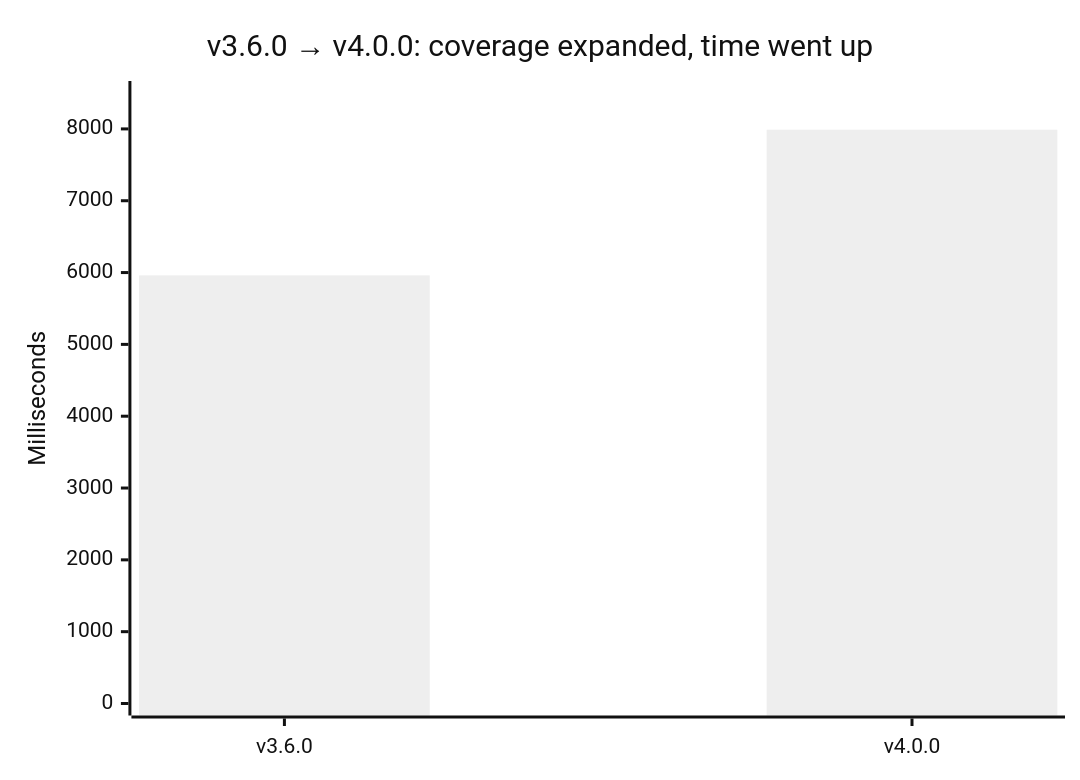
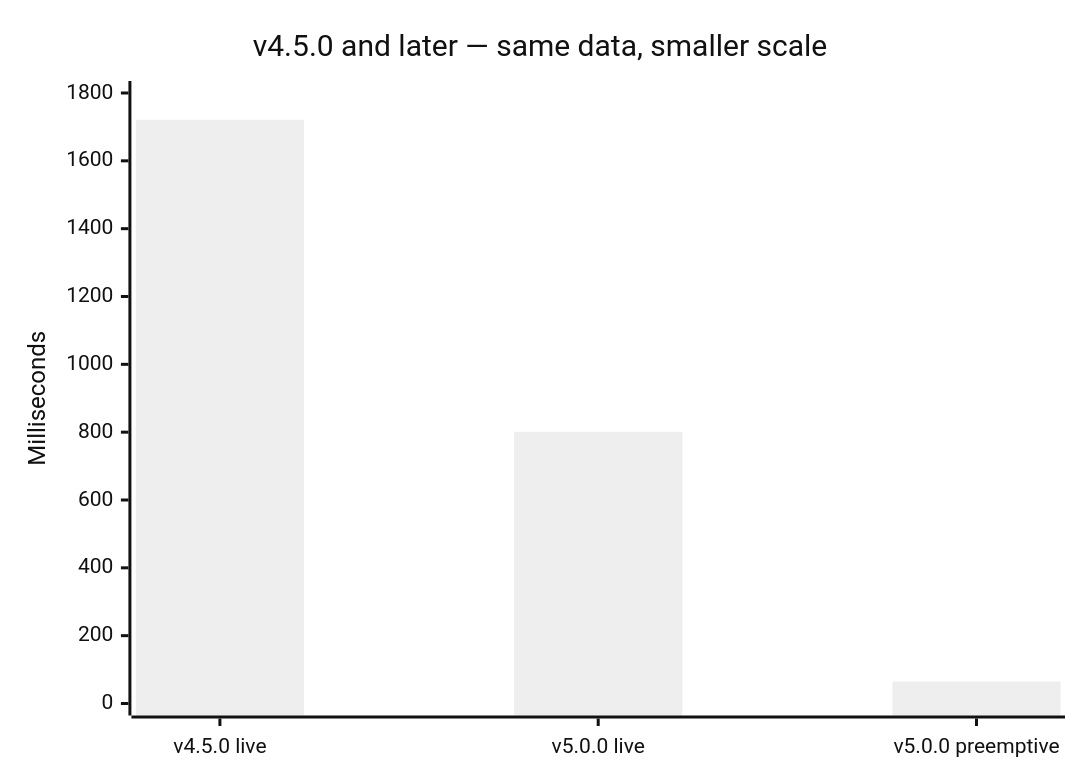
Before and after one commit to pizzarobloxh/bgc-bot: the second of 11 diagrams in operating_documents.md, drawn with Mermaid (neutral theme). The commit also changed other lines of this file, not shown here.

````diff
--- a/operating_documents.md
+++ b/operating_documents.md
@@ -149,7 +49,7 @@
 ```mermaid
 xychart-beta
-    title "v3.6.0 → v4.0.0: coverage expanded, time went up"
-    x-axis ["v3.6.0", "v4.0.0"]
-    y-axis "Milliseconds" 0 --> 8500
-    bar [5961, 7989]
+    title "v4.5.0 and later — same data, smaller scale"
+    x-axis ["v4.5.0 live", "v5.0.0 live", "v5.0.0 preemptive"]
+    y-axis "Milliseconds" 0 --> 1800
+    bar [1721, 801, 65]
 ```
````
